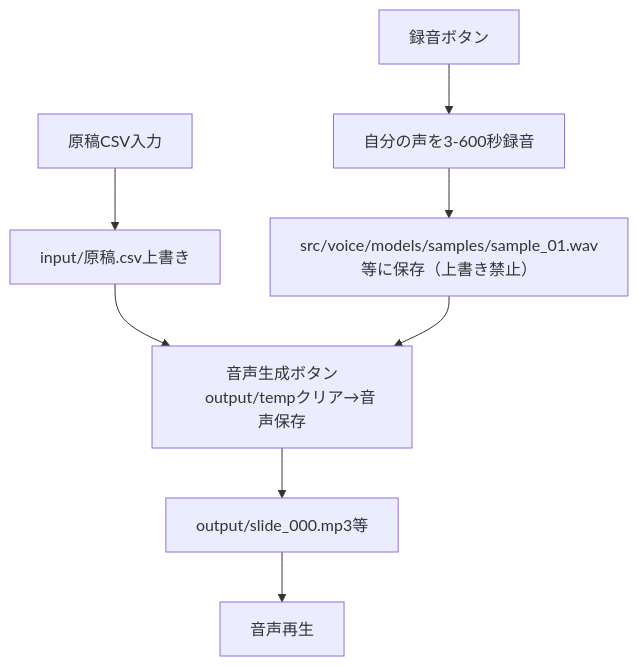
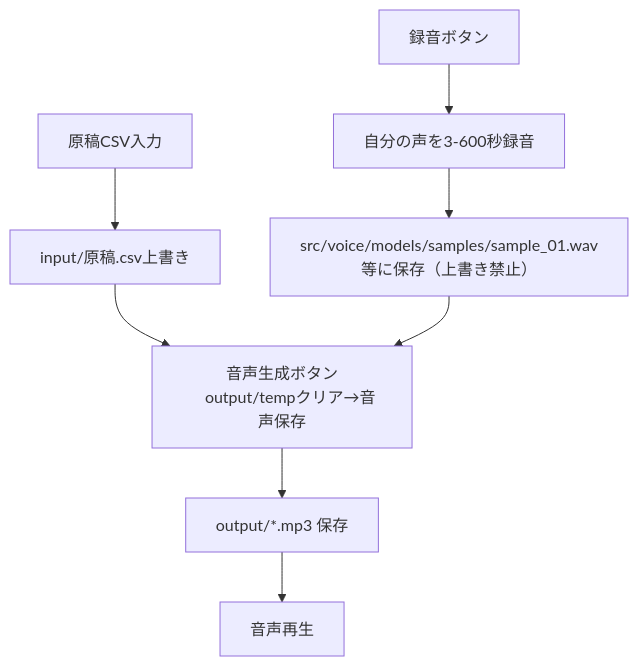
One commit to J1921604/MyVoice-Maker changed the first of 3 diagrams in specs/001-MyVoice-Maker/spec.md. Above: the diagram before and after it, drawn with Mermaid. The commit also changed other lines of this file and 13 other files, not shown here.

````diff
--- a/specs/001-MyVoice-Maker/spec.md
+++ b/specs/001-MyVoice-Maker/spec.md
@@ -31,11 +31,11 @@
 ```mermaid
 flowchart TD
     A[録音ボタン] --> B[自分の声を3-600秒録音]
     B --> C[src/voice/models/samples/sample_01.wav等に保存（上書き禁止）]
     D[原稿CSV入力] --> E[input/原稿.csv上書き]
     E --> F[音声生成ボタン
     output/tempクリア→音声保存]
     C --> F
-    F --> G[output/slide_000.mp3等]
+    F --> G[output/*.mp3 保存]
     G --> H[音声再生]
 ```
````
